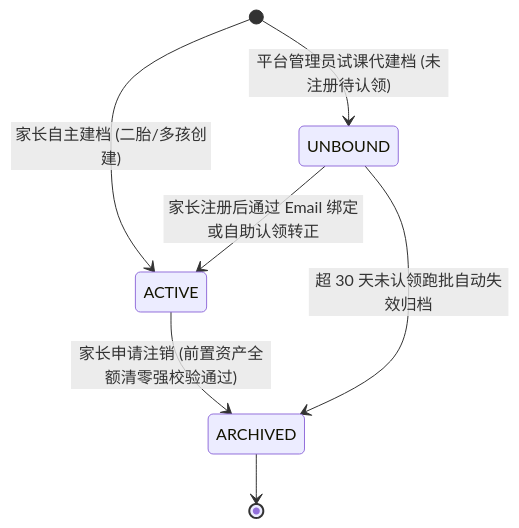
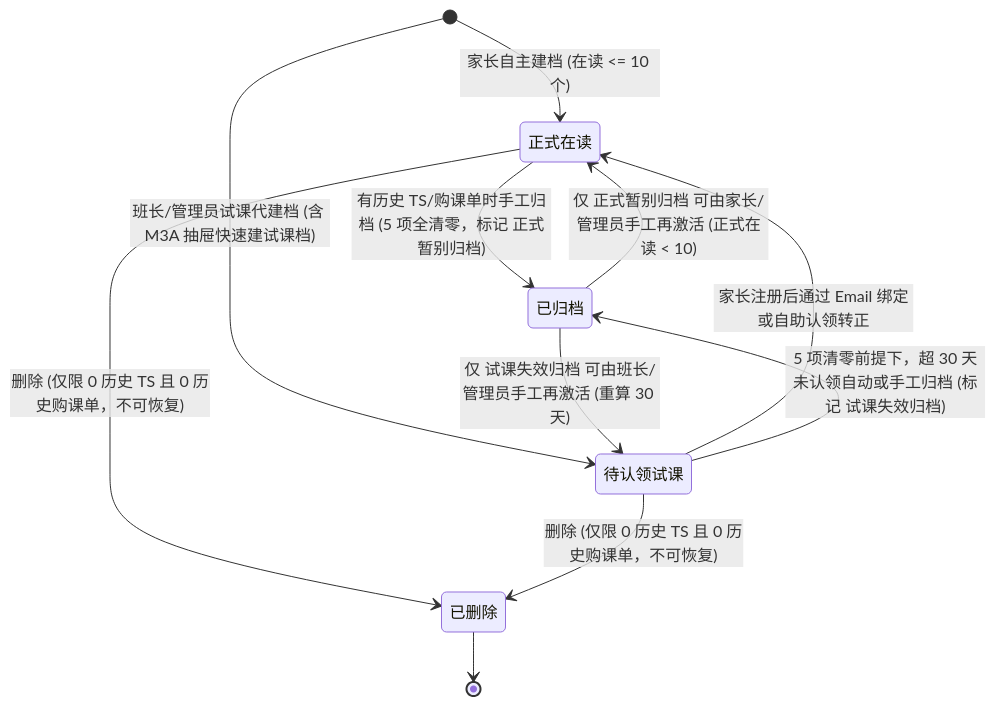
The sixth of 6 diagrams in docs/prd/m1a_student_profile.md (Onezao/dream), drawn with Mermaid before and after one commit. The commit also changed other lines of this file and 38 other files, not shown here.

````diff
--- a/docs/prd/m1a_student_profile.md
+++ b/docs/prd/m1a_student_profile.md
@@ -168,12 +185,17 @@
 ```mermaid
 stateDiagram-v2
-    [*] --> ACTIVE: 家长自主建档 (二胎/多孩创建)
-    [*] --> UNBOUND: 平台管理员试课代建档 (未注册待认领)
-    
-    UNBOUND --> ACTIVE: 家长注册后通过 Email 绑定或自助认领转正
-    UNBOUND --> ARCHIVED: 超 30 天未认领跑批自动失效归档
-    
-    ACTIVE --> ARCHIVED: 家长申请注销 (前置资产全额清零强校验通过)
-    
-    ARCHIVED --> [*]
+    [*] --> 正式在读: 家长自主建档 (在读 <= 10 个)
+    [*] --> 待认领试课: 班长/管理员试课代建档 (含 M3A 抽屉快速建试课档)
+
+    待认领试课 --> 正式在读: 家长注册后通过 Email 绑定或自助认领转正
+    待认领试课 --> 已归档: 5 项清零前提下，超 30 天未认领自动或手工归档 (标记 试课失效归档)
+
+    正式在读 --> 已归档: 有历史 TS/购课单时手工归档 (5 项全清零，标记 正式暂别归档)
+
+    已归档 --> 待认领试课: 仅 试课失效归档 可由班长/管理员手工再激活 (重算 30 天)
+    已归档 --> 正式在读: 仅 正式暂别归档 可由家长/管理员手工再激活 (正式在读 < 10)
+
+    正式在读 --> 已删除: 删除 (仅限 0 历史 TS 且 0 历史购课单，不可恢复)
+    待认领试课 --> 已删除: 删除 (仅限 0 历史 TS 且 0 历史购课单，不可恢复)
+    已删除 --> [*]
 ```
````
